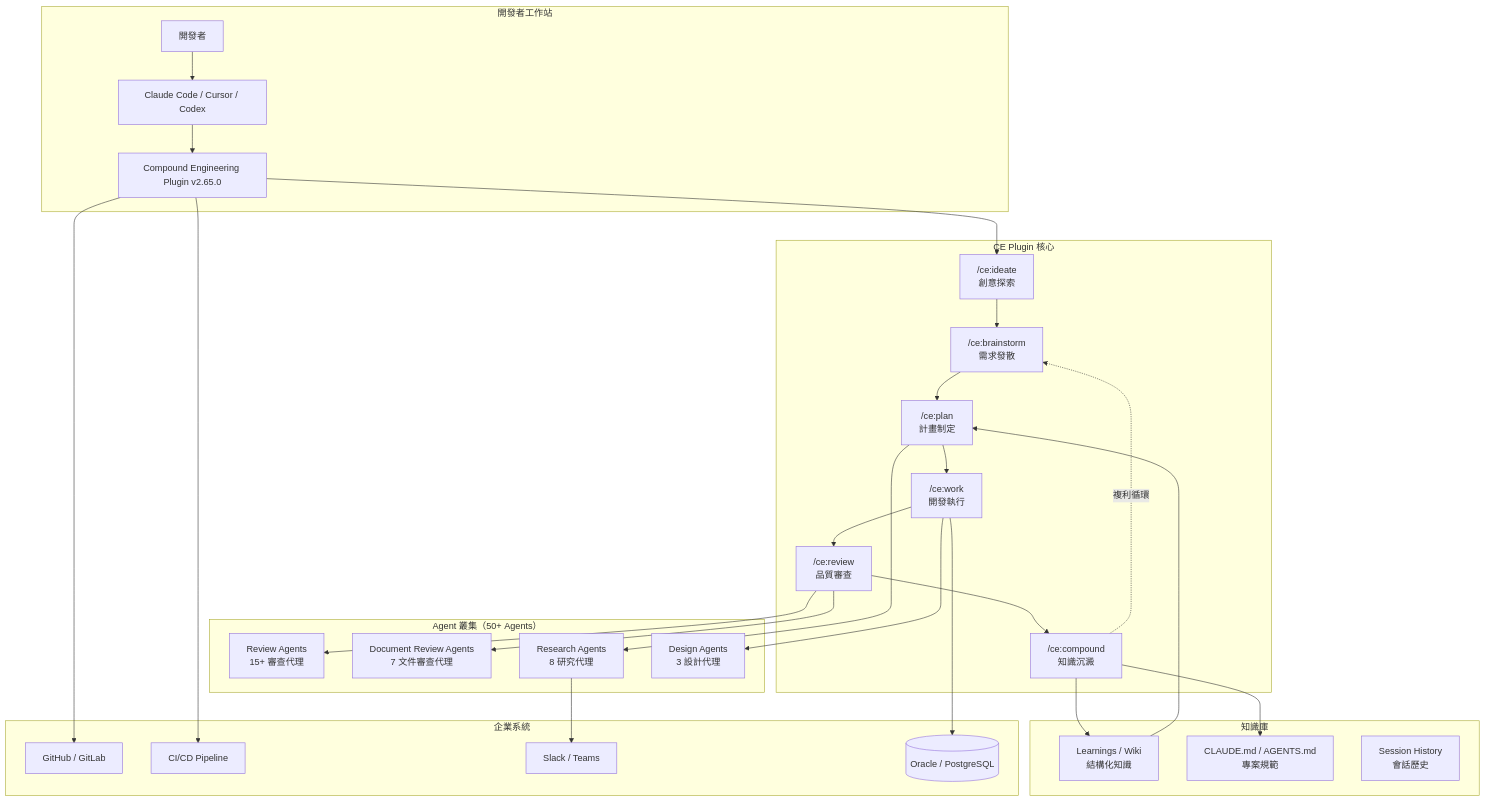
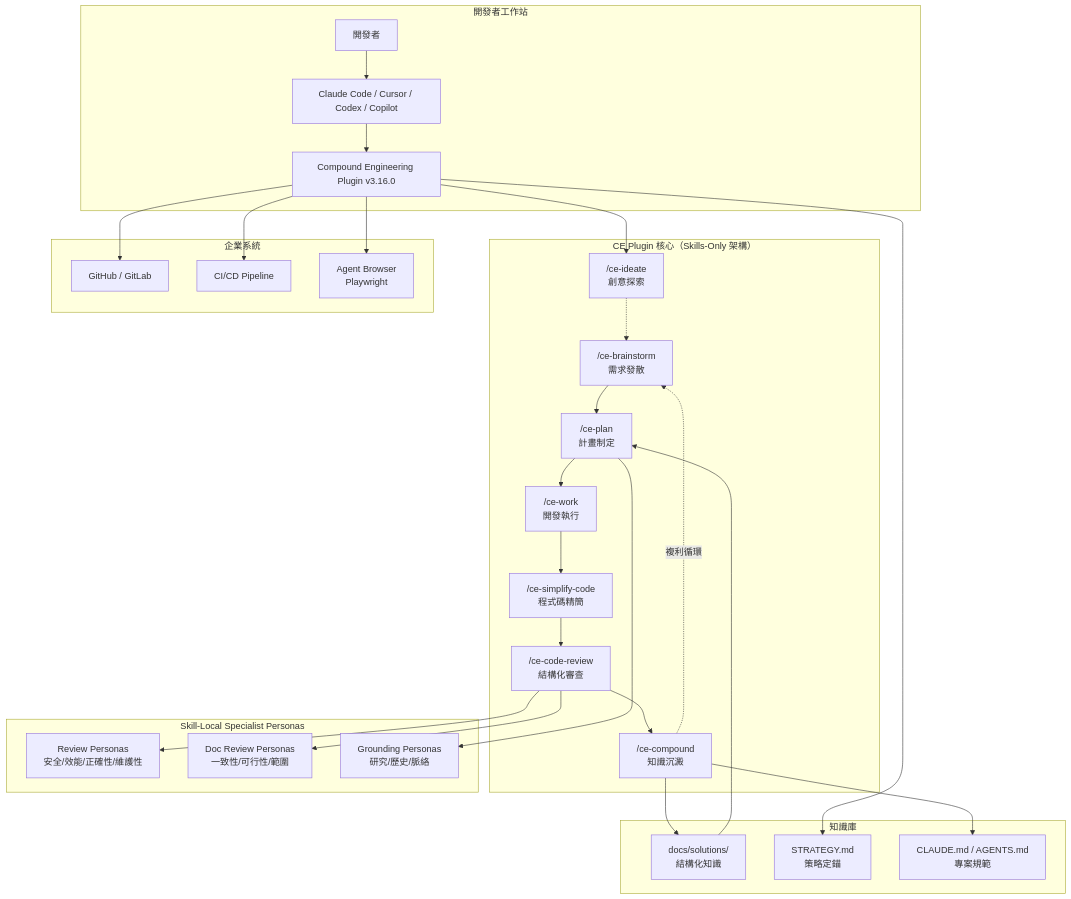
One commit to chihhung/Blog changed the first of 14 diagrams in content/posts/教學/AI開發/Compound Engineering 教學手冊.md. Above: the diagram before and after it, drawn with Mermaid. The commit also changed other lines of this file and 22 other files, not shown here.

````diff
--- a/content/posts/教學/AI開發/Compound Engineering 教學手冊.md
+++ b/content/posts/教學/AI開發/Compound Engineering 教學手冊.md
@@ -168,56 +217,54 @@
 ```mermaid
 graph TB
     subgraph "開發者工作站"
         DEV[開發者]
-        CC[Claude Code / Cursor / Codex]
-        CE[Compound Engineering Plugin v2.65.0]
+        CC[Claude Code / Cursor / Codex / Copilot]
+        CE[Compound Engineering Plugin v3.16.0]
     end
 
-    subgraph "CE Plugin 核心"
-        IDEATE["/ce:ideate<br/>創意探索"]
-        BRAIN["/ce:brainstorm<br/>需求發散"]
-        PLAN["/ce:plan<br/>計畫制定"]
-        WORK["/ce:work<br/>開發執行"]
-        REVIEW["/ce:review<br/>品質審查"]
-        COMPOUND["/ce:compound<br/>知識沉澱"]
+    subgraph "CE Plugin 核心（Skills-Only 架構）"
+        IDEATE["/ce-ideate<br/>創意探索"]
+        BRAIN["/ce-brainstorm<br/>需求發散"]
+        PLAN["/ce-plan<br/>計畫制定"]
+        WORK["/ce-work<br/>開發執行"]
+        SIMPLIFY["/ce-simplify-code<br/>程式碼精簡"]
+        REVIEW["/ce-code-review<br/>結構化審查"]
+        COMPOUND["/ce-compound<br/>知識沉澱"]
     end
 
-    subgraph "Agent 叢集（50+ Agents）"
-        RA[Review Agents<br/>15+ 審查代理]
-        DRA[Document Review Agents<br/>7 文件審查代理]
-        RSA[Research Agents<br/>8 研究代理]
-        DA[Design Agents<br/>3 設計代理]
+    subgraph "Skill-Local Specialist Personas"
+        RP[Review Personas<br/>安全/效能/正確性/維護性]
+        DRP[Doc Review Personas<br/>一致性/可行性/範圍]
+        GP[Grounding Personas<br/>研究/歷史/脈絡]
     end
 
     subgraph "知識庫"
-        KB[Learnings / Wiki<br/>結構化知識]
+        KB[docs/solutions/<br/>結構化知識]
+        STRATEGY[STRATEGY.md<br/>策略定錨]
         CLAUDE_MD[CLAUDE.md / AGENTS.md<br/>專案規範]
-        SESSION[Session History<br/>會話歷史]
     end
 
     subgraph "企業系統"
         GIT[GitHub / GitLab]
         CICD[CI/CD Pipeline]
-        SLACK[Slack / Teams]
-        DB[(Oracle / PostgreSQL)]
+        BROWSER[Agent Browser<br/>Playwright]
     end
 
     DEV --> CC
     CC --> CE
-    CE --> IDEATE --> BRAIN --> PLAN --> WORK --> REVIEW --> COMPOUND
+    CE --> IDEATE -.-> BRAIN --> PLAN --> WORK --> SIMPLIFY --> REVIEW --> COMPOUND
     COMPOUND -.->|複利循環| BRAIN
 
-    REVIEW --> RA
-    REVIEW --> DRA
-    PLAN --> RSA
-    WORK --> DA
+    REVIEW --> RP
+    PLAN --> GP
+    REVIEW --> DRP
 
     COMPOUND --> KB
     KB --> PLAN
     COMPOUND --> CLAUDE_MD
+    CE --> STRATEGY
 
     CE --> GIT
     CE --> CICD
-    RSA --> SLACK
-    WORK --> DB
+    CE --> BROWSER
 ```
````
